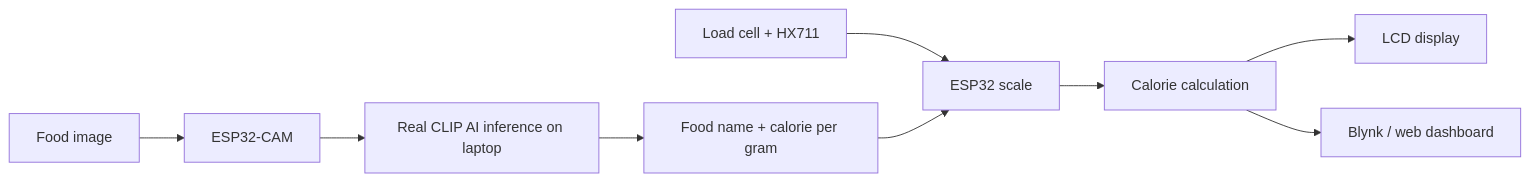
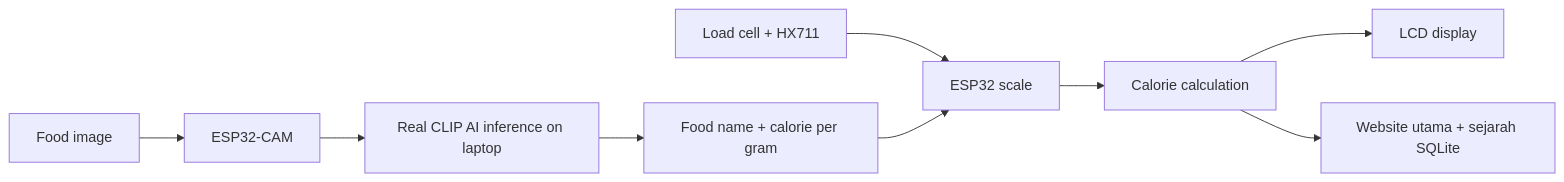
Before and after one commit to KASUZAZ/ai-food-nutrition-detection-system: the diagram in docs/demo-flow.md, drawn with Mermaid. The commit also changed other lines of this file and 23 other files, not shown here.

````diff
--- a/docs/demo-flow.md
+++ b/docs/demo-flow.md
@@ -11,11 +11,11 @@
 ```mermaid
 flowchart LR
   A["Food image"] --> B["ESP32-CAM"]
   B --> C["Real CLIP AI inference on laptop"]
   C --> D["Food name + calorie per gram"]
   E["Load cell + HX711"] --> F["ESP32 scale"]
   D --> F
   F --> G["Calorie calculation"]
   G --> H["LCD display"]
-  G --> I["Blynk / web dashboard"]
+  G --> I["Website utama + sejarah SQLite"]
 ```
````
